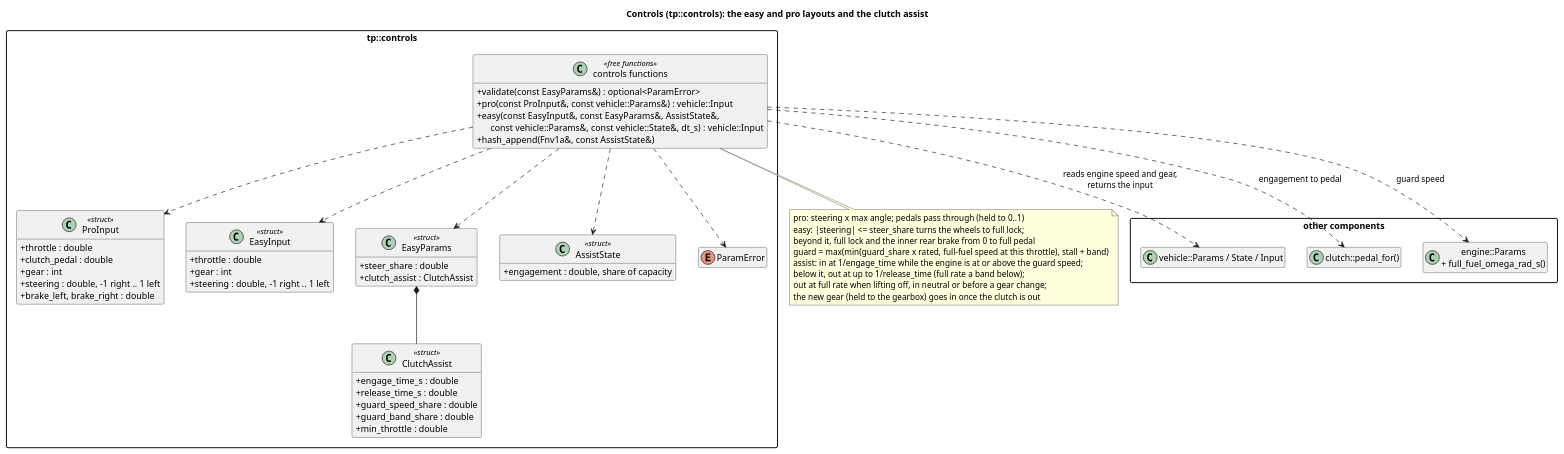
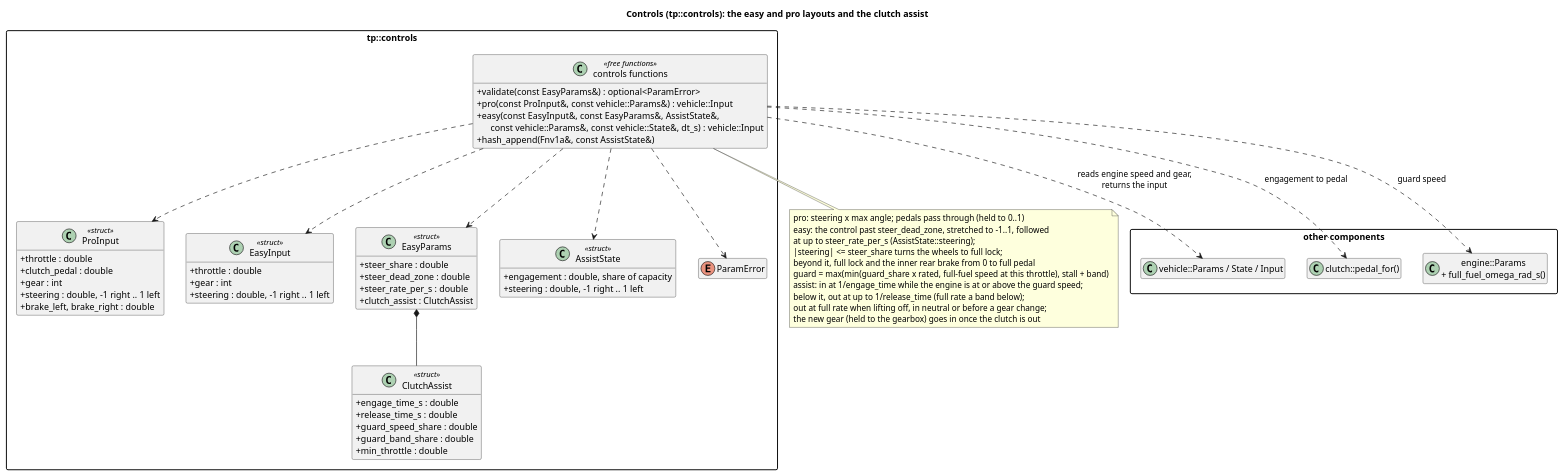
The diagram in docs/diagrams/controls_classes.puml (wversteeg/TractorPulling), drawn with PlantUML before and after one commit. The commit also changed 10 other files, not shown here.

First line of the commit message:
Easy layout: a steering dead zone and rate

```diff
--- a/docs/diagrams/controls_classes.puml
+++ b/docs/diagrams/controls_classes.puml
@@ -1,67 +1,72 @@
 @startuml controls_classes
 title Controls (tp::controls): the easy and pro layouts and the clutch assist
 hide empty members
 skinparam packageStyle rectangle
 skinparam classAttributeIconSize 0
 
 package "other components" {
   class "vehicle::Params / State / Input" as Vehicle
   class "clutch::pedal_for()" as PedalFor
   class "engine::Params\n+ full_fuel_omega_rad_s()" as Engine
 }
 
 package "tp::controls" {
   class ProInput <<struct>> {
     +throttle : double
     +clutch_pedal : double
     +gear : int
     +steering : double, -1 right .. 1 left
     +brake_left, brake_right : double
   }
   class EasyInput <<struct>> {
     +throttle : double
     +gear : int
     +steering : double, -1 right .. 1 left
   }
   class ClutchAssist <<struct>> {
     +engage_time_s : double
     +release_time_s : double
     +guard_speed_share : double
     +guard_band_share : double
     +min_throttle : double
   }
   class EasyParams <<struct>> {
     +steer_share : double
+    +steer_dead_zone : double
+    +steer_rate_per_s : double
     +clutch_assist : ClutchAssist
   }
   class AssistState <<struct>> {
     +engagement : double, share of capacity
+    +steering : double, -1 right .. 1 left
   }
   enum ParamError
   class "controls functions" as ControlsFns <<free functions>> {
     +validate(const EasyParams&) : optional<ParamError>
     +pro(const ProInput&, const vehicle::Params&) : vehicle::Input
     +easy(const EasyInput&, const EasyParams&, AssistState&,\n      const vehicle::Params&, const vehicle::State&, dt_s) : vehicle::Input
     +hash_append(Fnv1a&, const AssistState&)
   }
   EasyParams *-- ClutchAssist
   ControlsFns ..> ProInput
   ControlsFns ..> EasyInput
   ControlsFns ..> EasyParams
   ControlsFns ..> AssistState
   ControlsFns ..> ParamError
 }
 ControlsFns ..> Vehicle : reads engine speed and gear,\nreturns the input
 ControlsFns ..> PedalFor : engagement to pedal
 ControlsFns ..> Engine : guard speed
 note bottom of ControlsFns
   pro: steering x max angle; pedals pass through (held to 0..1)
-  easy: |steering| <= steer_share turns the wheels to full lock;
+  easy: the control past steer_dead_zone, stretched to -1..1, followed
+  at up to steer_rate_per_s (AssistState::steering);
+  |steering| <= steer_share turns the wheels to full lock;
   beyond it, full lock and the inner rear brake from 0 to full pedal
   guard = max(min(guard_share x rated, full-fuel speed at this throttle), stall + band)
   assist: in at 1/engage_time while the engine is at or above the guard speed;
   below it, out at up to 1/release_time (full rate a band below);
   out at full rate when lifting off, in neutral or before a gear change;
   the new gear (held to the gearbox) goes in once the clutch is out
 end note
 @enduml
```
